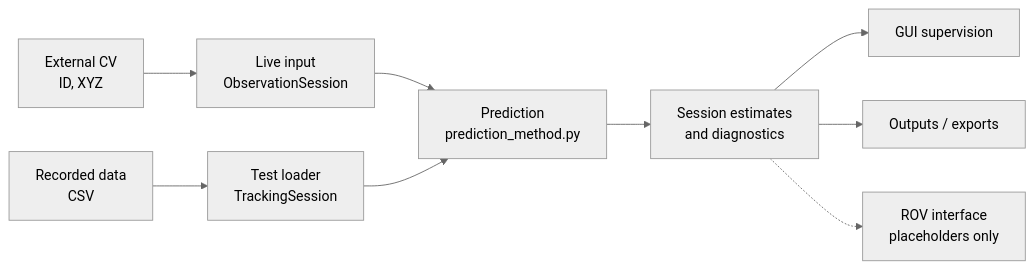
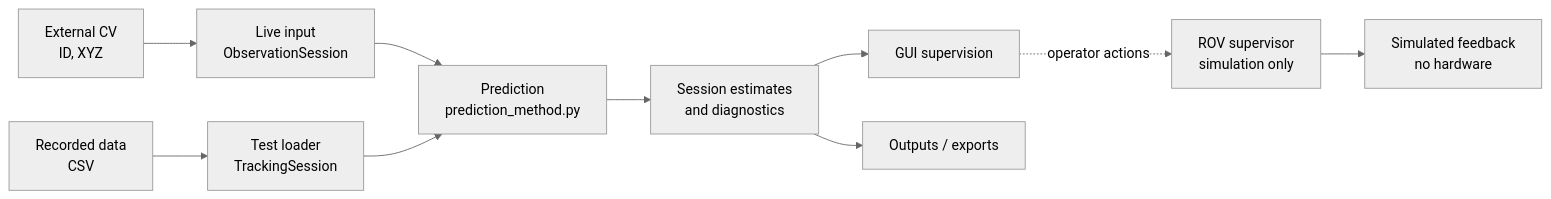
Before and after one commit to Ajpirie/underwater-rov-mussel-tracking: the diagram in Images/System_Architecture.md, drawn with Mermaid (neutral theme). The commit also changed other lines of this file and 11 other files, not shown here.

````diff
--- a/Images/System_Architecture.md
+++ b/Images/System_Architecture.md
@@ -5,11 +5,12 @@
 ```mermaid
 flowchart LR
     CV["External CV<br/>ID, XYZ"] --> L["Live input<br/>ObservationSession"]
     CSV["Recorded data<br/>CSV"] --> T["Test loader<br/>TrackingSession"]
     L --> P["Prediction<br/>prediction_method.py"]
     T --> P
     P --> R["Session estimates<br/>and diagnostics"]
     R --> G["GUI supervision"]
     R --> O["Outputs / exports"]
-    R -.-> V["ROV interface<br/>placeholders only"]
+    G -. "operator actions" .-> V["ROV supervisor<br/>simulation only"]
+    V --> S["Simulated feedback<br/>no hardware"]
 ```
````
